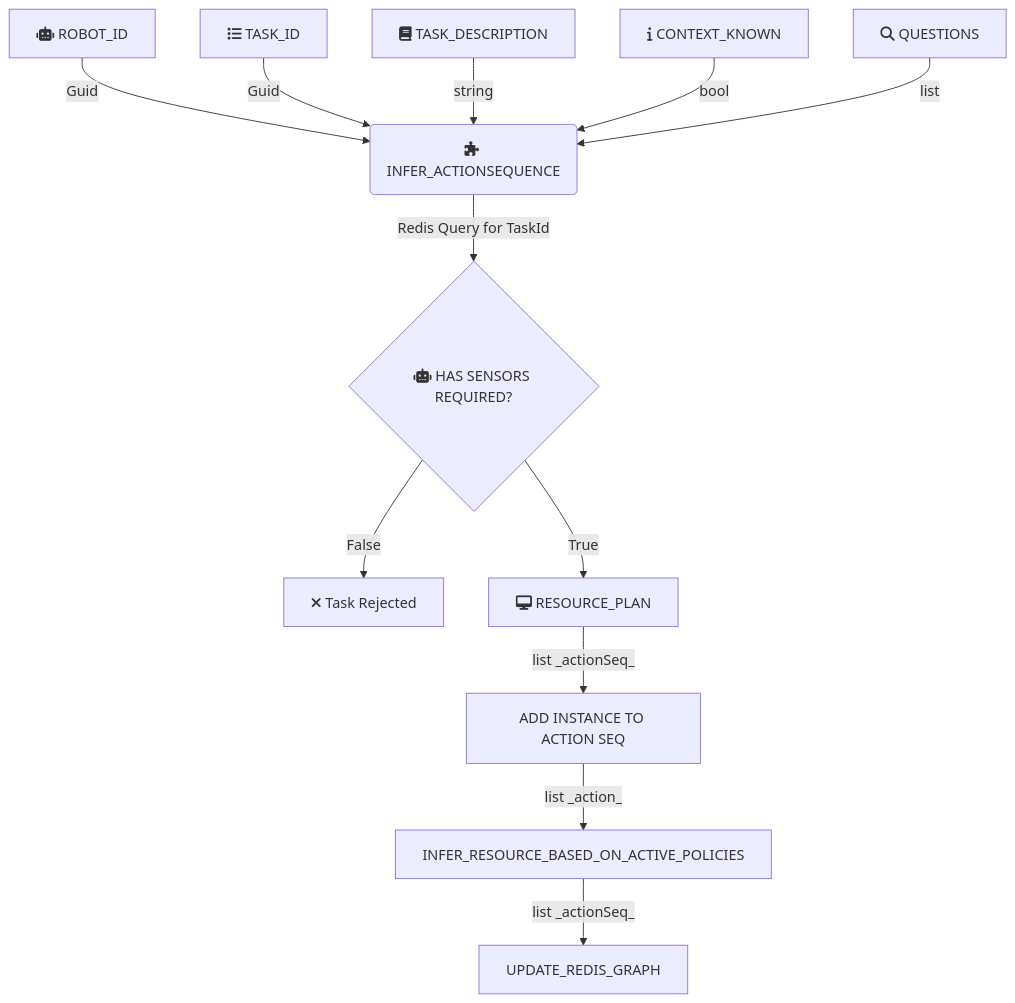
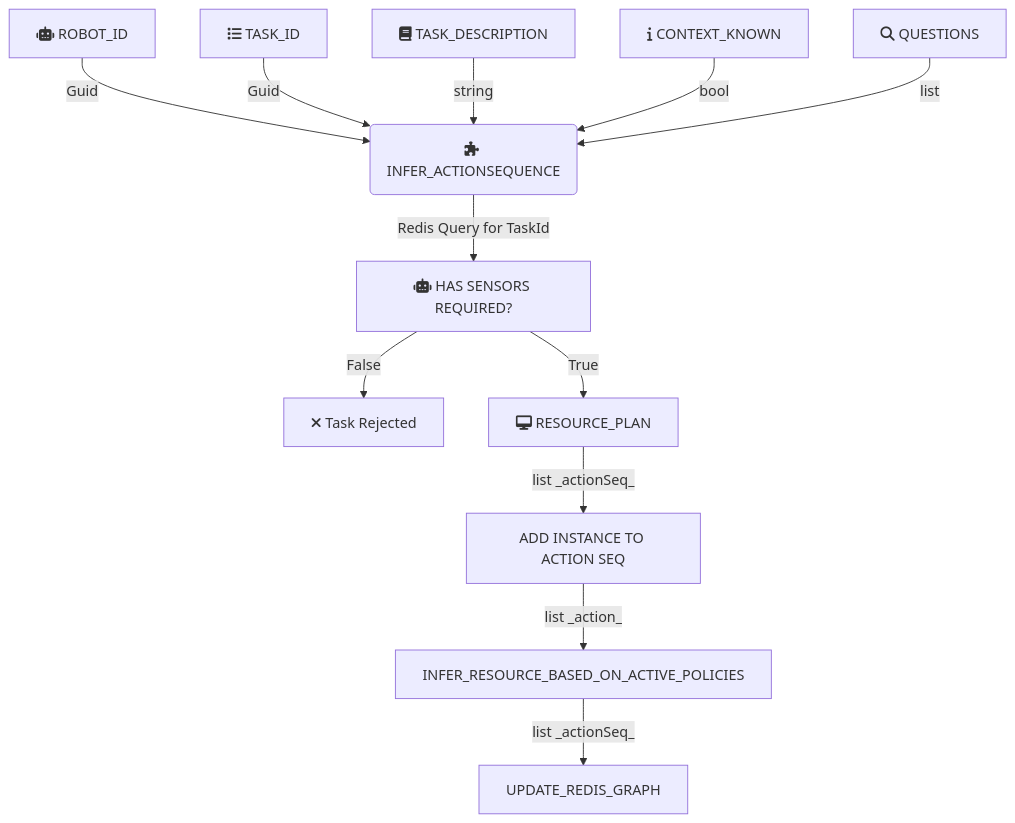
Before and after one commit to 5G-ERA/middleware: the diagram in docs/1_Middleware/2_Planning/readme.md, drawn with Mermaid.

````diff
--- a/docs/1_Middleware/2_Planning/readme.md
+++ b/docs/1_Middleware/2_Planning/readme.md
@@ -33,15 +33,16 @@
 ```mermaid
 graph TD
     A[fa:fa-robot ROBOT_ID] -->|Guid| B(fa:fa-puzzle-piece INFER_ACTIONSEQUENCE)
     H[fa:fa-list TASK_ID] -->|Guid| B(fa:fa-puzzle-piece INFER_ACTIONSEQUENCE)
     HH[fa:fa-book TASK_DESCRIPTION] -->|string| B(fa:fa-puzzle-piece INFER_ACTIONSEQUENCE)
     HHH[fa:fa-info CONTEXT_KNOWN] -->|bool| B(fa:fa-puzzle-piece INFER_ACTIONSEQUENCE)
     HHHH[fa:fa-search QUESTIONS] -->|list| B(fa:fa-puzzle-piece INFER_ACTIONSEQUENCE)
-    B --> |Redis Query for TaskId|C{fa:fa-robot HAS SENSORS REQUIRED?}
+    B --> |Redis Query for TaskId|C[fa:fa-robot HAS SENSORS REQUIRED?]
     C -->|False| D[fa:fa-times Task Rejected]
     C -->|True| E[fa:fa-desktop RESOURCE_PLAN]
 E[fa:fa-desktop RESOURCE_PLAN]-->|list _actionSeq_|Q[ADD INSTANCE TO ACTION SEQ]
 Q[ADD INSTANCE TO ACTION SEQ]-->|list _action_|P[INFER_RESOURCE_BASED_ON_ACTIVE_POLICIES]
 P[INFER_RESOURCE_BASED_ON_ACTIVE_POLICIES]-->|list _actionSeq_|K[UPDATE_REDIS_GRAPH]
 
+
 ```
````
